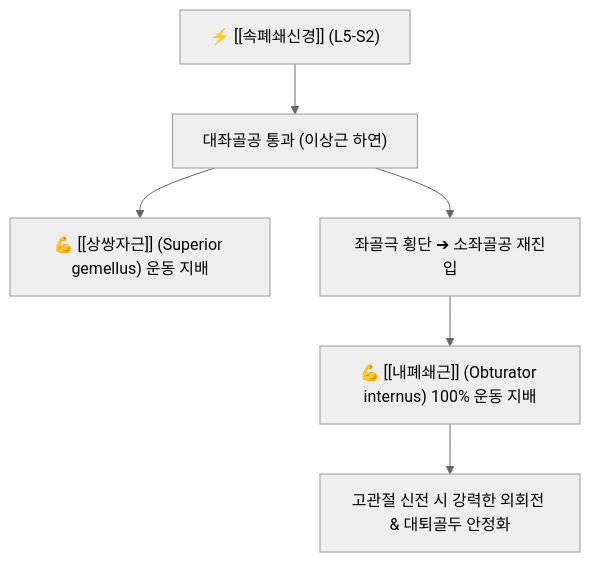
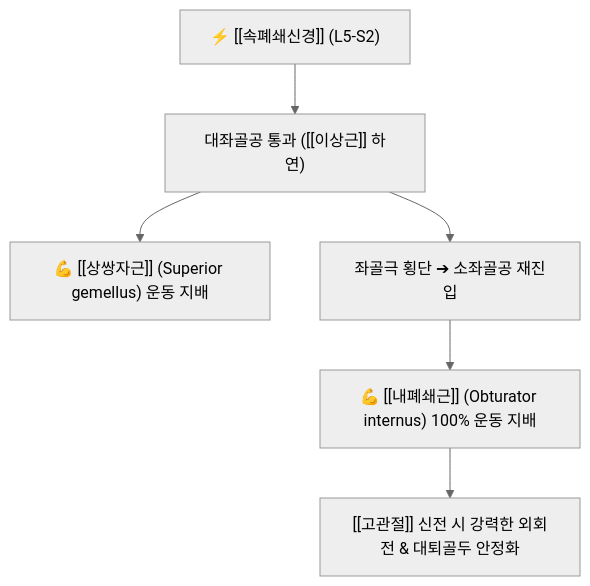
The diagram in content/1. 근골격계 공부/신경/06_천골신경총_하지후방/속폐쇄신경.md (simbio11/simbio-digital-garden2), drawn with Mermaid (neutral theme) before and after one commit. The commit also changed other lines of this file and 151 other files, not shown here.

````diff
--- a/content/1. 근골격계 공부/신경/06_천골신경총_하지후방/속폐쇄신경.md
+++ b/content/1. 근골격계 공부/신경/06_천골신경총_하지후방/속폐쇄신경.md
@@ -62,8 +28,8 @@
 ```mermaid
 graph TD
-    Root["⚡ [[속폐쇄신경]] (L5-S2)"] --> Greater["대좌골공 통과 (이상근 하연)"]
+    Root["⚡ [[속폐쇄신경]] (L5-S2)"] --> Greater["대좌골공 통과 ([[이상근]] 하연)"]
     Greater --> Gemellus["💪 [[상쌍자근]] (Superior gemellus) 운동 지배"]
     Greater --> Spine["좌골극 횡단 ➔ 소좌골공 재진입"]
     Spine --> ObturatorInt["💪 [[내폐쇄근]] (Obturator internus) 100% 운동 지배"]
-    ObturatorInt --> Action["고관절 신전 시 강력한 외회전 & 대퇴골두 안정화"]
+    ObturatorInt --> Action["[[고관절]] 신전 시 강력한 외회전 & 대퇴골두 안정화"]
 ```
````
